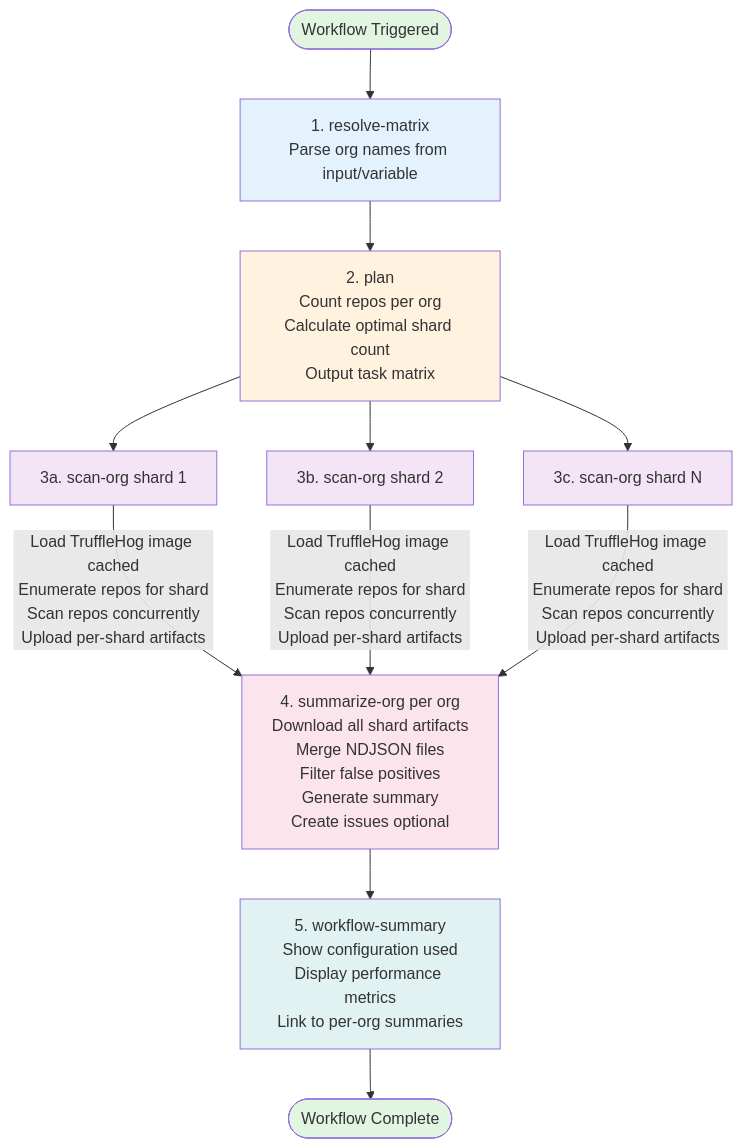
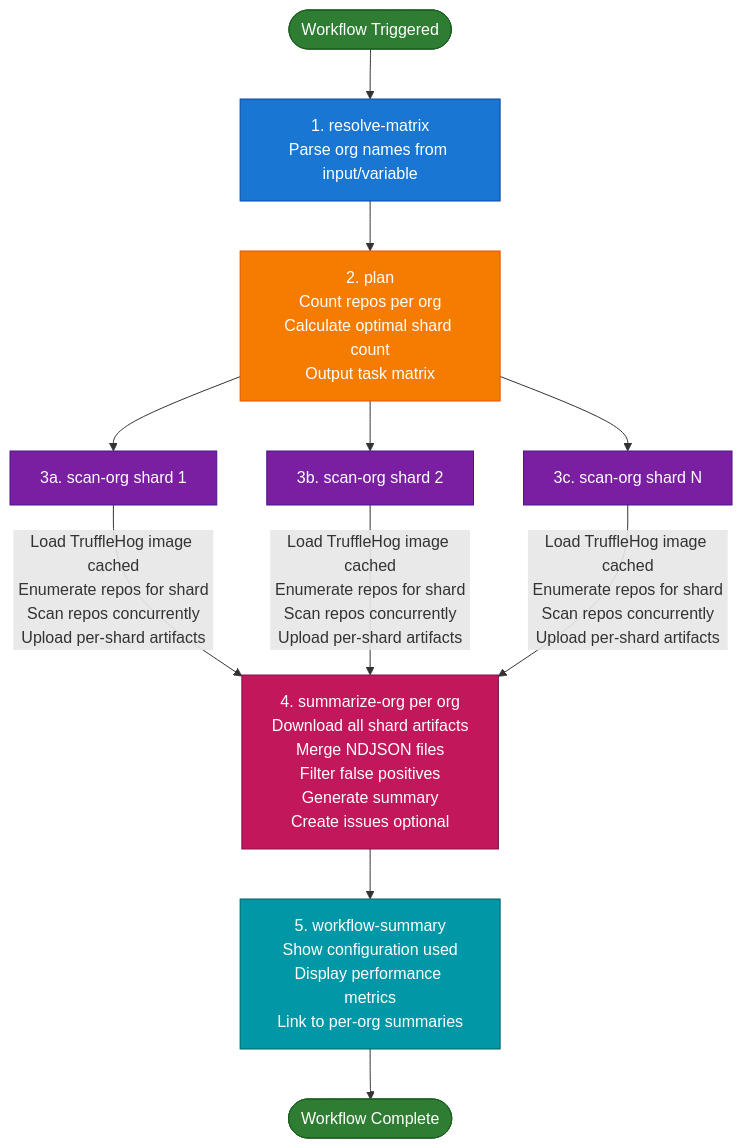
Before and after one commit to SpootyMcSpoot/trufflehogz: the diagram in README.md, drawn with Mermaid.

Commit message:
Improve diagram contrast with dark backgrounds and white text
- Use dark, vibrant colors instead of light pastels
- Add white text (color:#fff) for better readability
- Add darker stroke colors for better definition
- Color scheme:
  - Dark green for Start/End states
  - Dark blue for resolve-matrix
  - Dark orange for plan
  - Dark purple for scan-org shards
  - Dark pink for summarize-org
  - Dark teal for workflow-summary

````diff
--- a/README.md
+++ b/README.md
@@ -269,30 +269,30 @@
 ```mermaid
 flowchart TD
     Start([Workflow Triggered]) --> ResolveMatrix[1. resolve-matrix<br/>Parse org names from input/variable]
 
     ResolveMatrix --> Plan[2. plan<br/>Count repos per org<br/>Calculate optimal shard count<br/>Output task matrix]
 
     Plan --> ScanOrg1[3a. scan-org shard 1]
     Plan --> ScanOrg2[3b. scan-org shard 2]
     Plan --> ScanOrg3[3c. scan-org shard N]
 
     ScanOrg1 --> |Load TruffleHog image cached<br/>Enumerate repos for shard<br/>Scan repos concurrently<br/>Upload per-shard artifacts| Summarize
     ScanOrg2 --> |Load TruffleHog image cached<br/>Enumerate repos for shard<br/>Scan repos concurrently<br/>Upload per-shard artifacts| Summarize
     ScanOrg3 --> |Load TruffleHog image cached<br/>Enumerate repos for shard<br/>Scan repos concurrently<br/>Upload per-shard artifacts| Summarize
 
     Summarize[4. summarize-org per org<br/>Download all shard artifacts<br/>Merge NDJSON files<br/>Filter false positives<br/>Generate summary<br/>Create issues optional]
 
     Summarize --> WorkflowSummary[5. workflow-summary<br/>Show configuration used<br/>Display performance metrics<br/>Link to per-org summaries]
 
     WorkflowSummary --> End([Workflow Complete])
 
-    style Start fill:#e1f5e1
-    style End fill:#e1f5e1
-    style ResolveMatrix fill:#e3f2fd
-    style Plan fill:#fff3e0
-    style ScanOrg1 fill:#f3e5f5
-    style ScanOrg2 fill:#f3e5f5
-    style ScanOrg3 fill:#f3e5f5
-    style Summarize fill:#fce4ec
-    style WorkflowSummary fill:#e0f2f1
+    style Start fill:#2e7d32,stroke:#1b5e20,color:#fff
+    style End fill:#2e7d32,stroke:#1b5e20,color:#fff
+    style ResolveMatrix fill:#1976d2,stroke:#0d47a1,color:#fff
+    style Plan fill:#f57c00,stroke:#e65100,color:#fff
+    style ScanOrg1 fill:#7b1fa2,stroke:#4a148c,color:#fff
+    style ScanOrg2 fill:#7b1fa2,stroke:#4a148c,color:#fff
+    style ScanOrg3 fill:#7b1fa2,stroke:#4a148c,color:#fff
+    style Summarize fill:#c2185b,stroke:#880e4f,color:#fff
+    style WorkflowSummary fill:#0097a7,stroke:#006064,color:#fff
 ```
````
